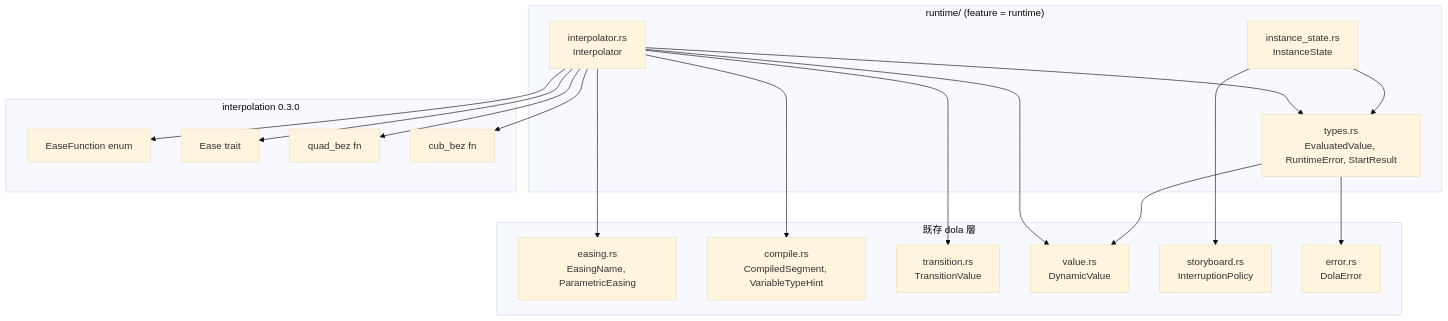
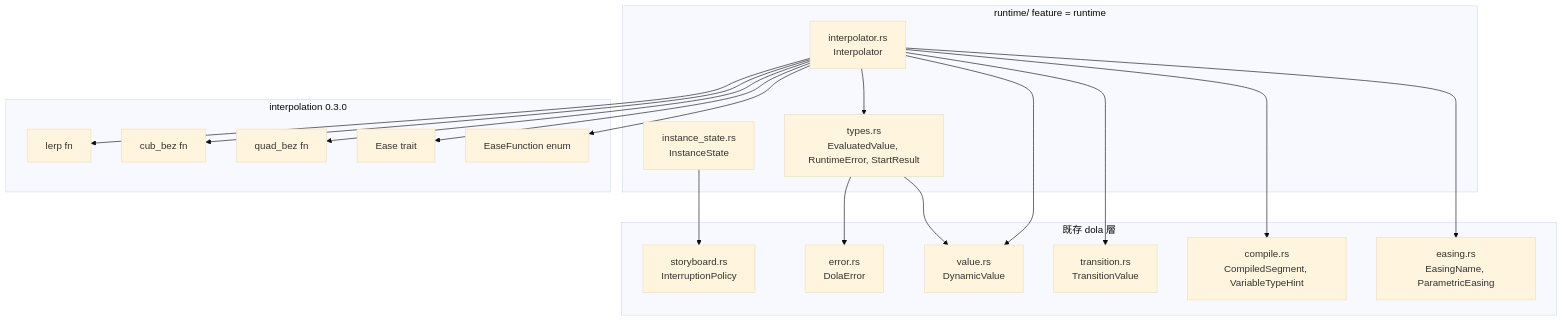
One commit to ekicyou/areka changed the first of 3 diagrams in .kiro/specs/dola-runtime-1-core-types/design.md. Above: the diagram before and after it, drawn with Mermaid (base theme). The commit also changed other lines of this file and 11 other files, not shown here.

````diff
--- a/.kiro/specs/dola-runtime-1-core-types/design.md
+++ b/.kiro/specs/dola-runtime-1-core-types/design.md
@@ -46,38 +46,39 @@
 ```mermaid
 graph TB
-    subgraph CoreTypes["runtime/ (feature = runtime)"]
+    subgraph CoreTypes["runtime/ feature = runtime"]
         IS[instance_state.rs<br/>InstanceState]
         TY[types.rs<br/>EvaluatedValue, RuntimeError, StartResult]
         IP[interpolator.rs<br/>Interpolator]
     end
 
     subgraph ExistingDola["既存 dola 層"]
         ease[easing.rs<br/>EasingName, ParametricEasing]
         comp[compile.rs<br/>CompiledSegment, VariableTypeHint]
         trans[transition.rs<br/>TransitionValue]
         val[value.rs<br/>DynamicValue]
         sb[storyboard.rs<br/>InterruptionPolicy]
         err[error.rs<br/>DolaError]
     end
 
     subgraph ExternalCrate["interpolation 0.3.0"]
         ef[EaseFunction enum]
         et[Ease trait]
         qb[quad_bez fn]
         cb[cub_bez fn]
+        lp[lerp fn]
     end
 
     IS --> sb
-    IS --> TY
     TY --> val
     TY --> err
     IP --> ease
     IP --> comp
     IP --> trans
     IP --> val
     IP --> TY
     IP --> ef
     IP --> et
     IP --> qb
     IP --> cb
+    IP --> lp
 ```
````
